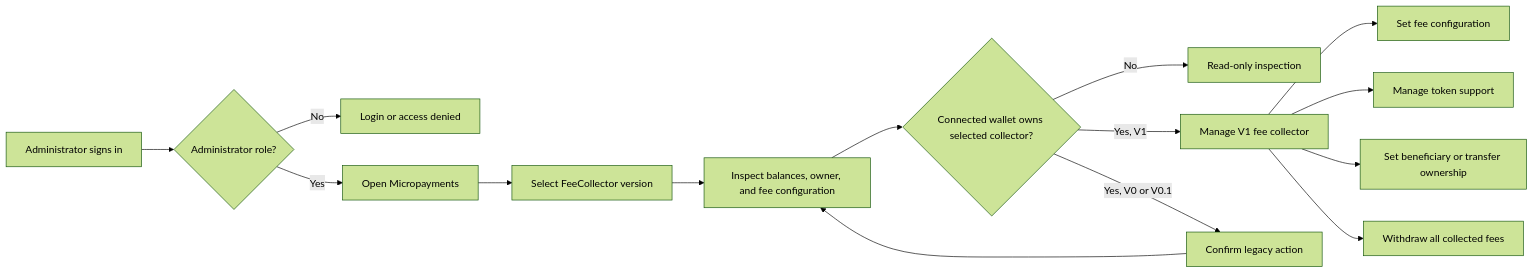
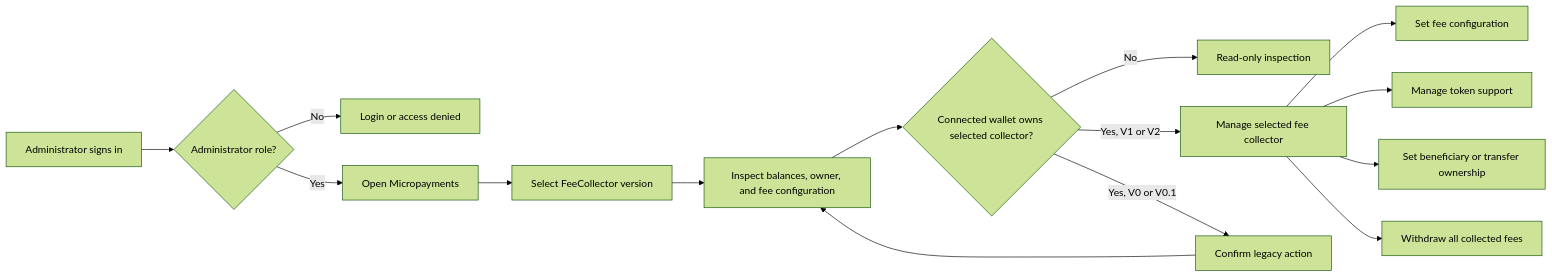
The diagram in docs/features/backoffice/micropayments/README.md (globe-and-citizen/cnc-portal), drawn with Mermaid (forest theme) before and after one commit. The commit also changed other lines of this file and 1 other file, not shown here.

````diff
--- a/docs/features/backoffice/micropayments/README.md
+++ b/docs/features/backoffice/micropayments/README.md
@@ -31,17 +30,17 @@
 ```mermaid
 flowchart LR
     Admin[Administrator signs in] --> Guard{Administrator role?}
     Guard -->|No| Denied[Login or access denied]
     Guard -->|Yes| Fees[Open Micropayments]
     Fees --> Version[Select FeeCollector version]
     Version --> Inspect[Inspect balances, owner, and fee configuration]
     Inspect --> Owner{Connected wallet owns selected collector?}
     Owner -->|No| ReadOnly[Read-only inspection]
-    Owner -->|Yes, V1| Current[Manage V1 fee collector]
+    Owner -->|Yes, V1 or V2| Current[Manage selected fee collector]
     Current --> FeesConfig[Set fee configuration]
     Current --> Tokens[Manage token support]
     Current --> Recipient[Set beneficiary or transfer ownership]
     Current --> Sweep[Withdraw all collected fees]
     Owner -->|Yes, V0 or V0.1| Legacy[Confirm legacy action]
     Legacy --> Inspect
 ```
````
